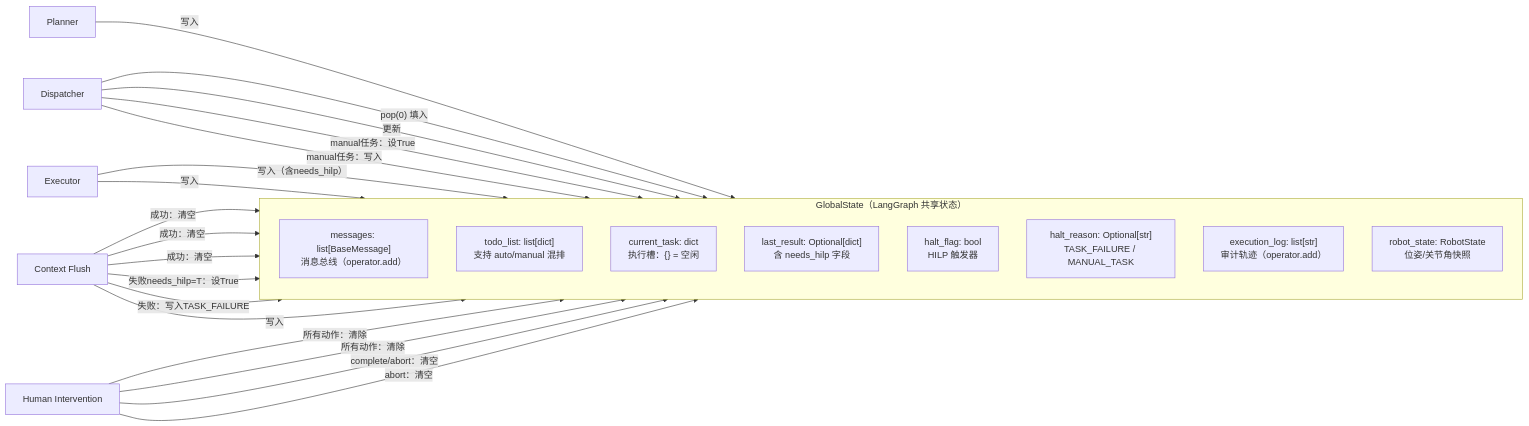
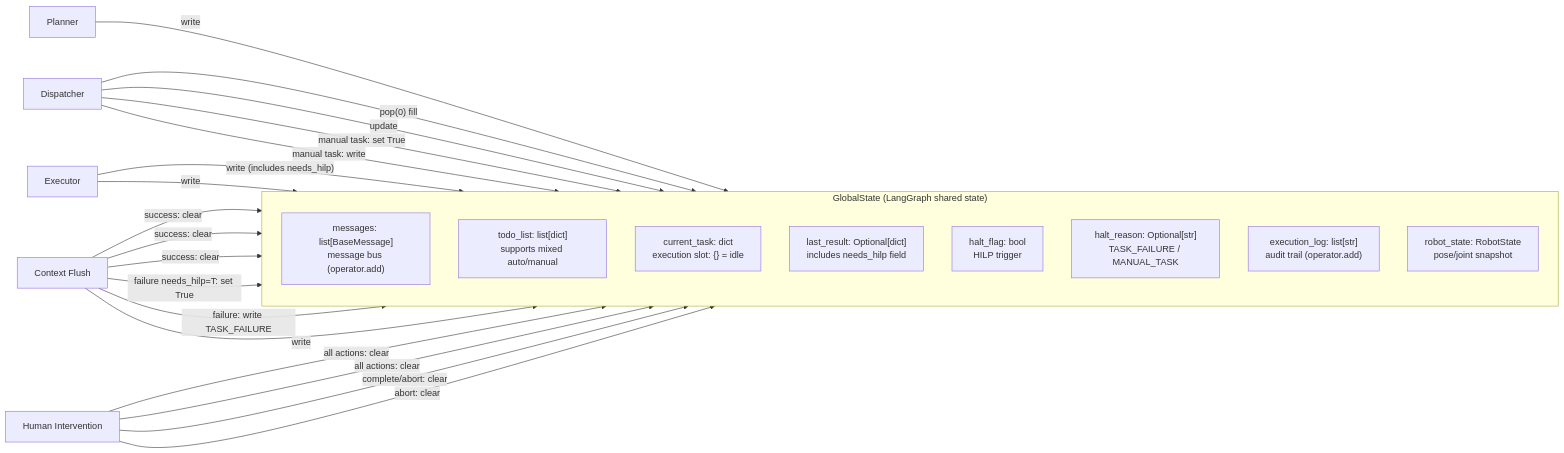
The third of 7 diagrams in SkiLib/doc/DIAGRAMS.md (SniperPigeon/RoboSkiAgent), drawn with Mermaid before and after one commit. The commit also changed other lines of this file, not shown here.

Commit message:
update diagram

````diff
--- a/SkiLib/doc/DIAGRAMS.md
+++ b/SkiLib/doc/DIAGRAMS.md
@@ -148,32 +148,32 @@
 ```mermaid
 flowchart LR
-    subgraph STATE["GlobalState（LangGraph 共享状态）"]
+    subgraph STATE["GlobalState (LangGraph shared state)"]
         direction TB
-        MSG["messages: list[BaseMessage]<br/>消息总线（operator.add）"]
-        TODO["todo_list: list[dict]<br/>支持 auto/manual 混排"]
-        CUR["current_task: dict<br/>执行槽：{} = 空闲"]
-        LAST["last_result: Optional[dict]<br/>含 needs_hilp 字段"]
-        HALT["halt_flag: bool<br/>HILP 触发器"]
+        MSG["messages: list[BaseMessage]<br/>message bus (operator.add)"]
+        TODO["todo_list: list[dict]<br/>supports mixed auto/manual"]
+        CUR["current_task: dict<br/>execution slot: {} = idle"]
+        LAST["last_result: Optional[dict]<br/>includes needs_hilp field"]
+        HALT["halt_flag: bool<br/>HILP trigger"]
         HREASON["halt_reason: Optional[str]<br/>TASK_FAILURE / MANUAL_TASK"]
-        LOG["execution_log: list[str]<br/>审计轨迹（operator.add）"]
-        RS["robot_state: RobotState<br/>位姿/关节角快照"]
+        LOG["execution_log: list[str]<br/>audit trail (operator.add)"]
+        RS["robot_state: RobotState<br/>pose/joint snapshot"]
     end
 
-    PLAN_NODE["Planner"] -->|"写入"| TODO
-    DISP_NODE["Dispatcher"] -->|"pop(0) 填入"| CUR
-    DISP_NODE -->|"更新"| TODO
-    DISP_NODE -->|"manual任务：设True"| HALT
-    DISP_NODE -->|"manual任务：写入"| HREASON
-    EXEC_NODE["Executor"] -->|"写入（含needs_hilp）"| LAST
-    EXEC_NODE -->|"写入"| LOG
-    CF_NODE["Context Flush"] -->|"成功：清空"| CUR
-    CF_NODE -->|"成功：清空"| LAST
-    CF_NODE -->|"成功：清空"| HREASON
-    CF_NODE -->|"失败needs_hilp=T：设True"| HALT
-    CF_NODE -->|"失败：写入TASK_FAILURE"| HREASON
-    CF_NODE -->|"写入"| LOG
-    HI_NODE["Human Intervention"] -->|"所有动作：清除"| HALT
-    HI_NODE -->|"所有动作：清除"| HREASON
-    HI_NODE -->|"complete/abort：清空"| CUR
-    HI_NODE -->|"abort：清空"| TODO
+    PLAN_NODE["Planner"] -->|"write"| TODO
+    DISP_NODE["Dispatcher"] -->|"pop(0) fill"| CUR
+    DISP_NODE -->|"update"| TODO
+    DISP_NODE -->|"manual task: set True"| HALT
+    DISP_NODE -->|"manual task: write"| HREASON
+    EXEC_NODE["Executor"] -->|"write (includes needs_hilp)"| LAST
+    EXEC_NODE -->|"write"| LOG
+    CF_NODE["Context Flush"] -->|"success: clear"| CUR
+    CF_NODE -->|"success: clear"| LAST
+    CF_NODE -->|"success: clear"| HREASON
+    CF_NODE -->|"failure needs_hilp=T: set True"| HALT
+    CF_NODE -->|"failure: write TASK_FAILURE"| HREASON
+    CF_NODE -->|"write"| LOG
+    HI_NODE["Human Intervention"] -->|"all actions: clear"| HALT
+    HI_NODE -->|"all actions: clear"| HREASON
+    HI_NODE -->|"complete/abort: clear"| CUR
+    HI_NODE -->|"abort: clear"| TODO
 ```
````
